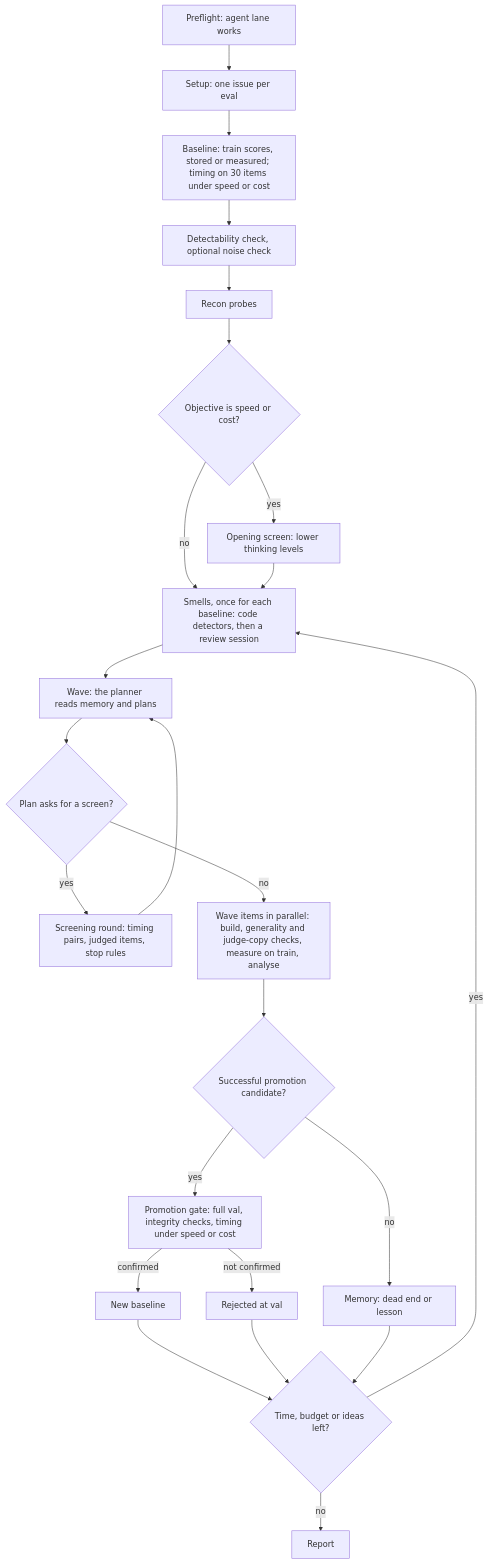
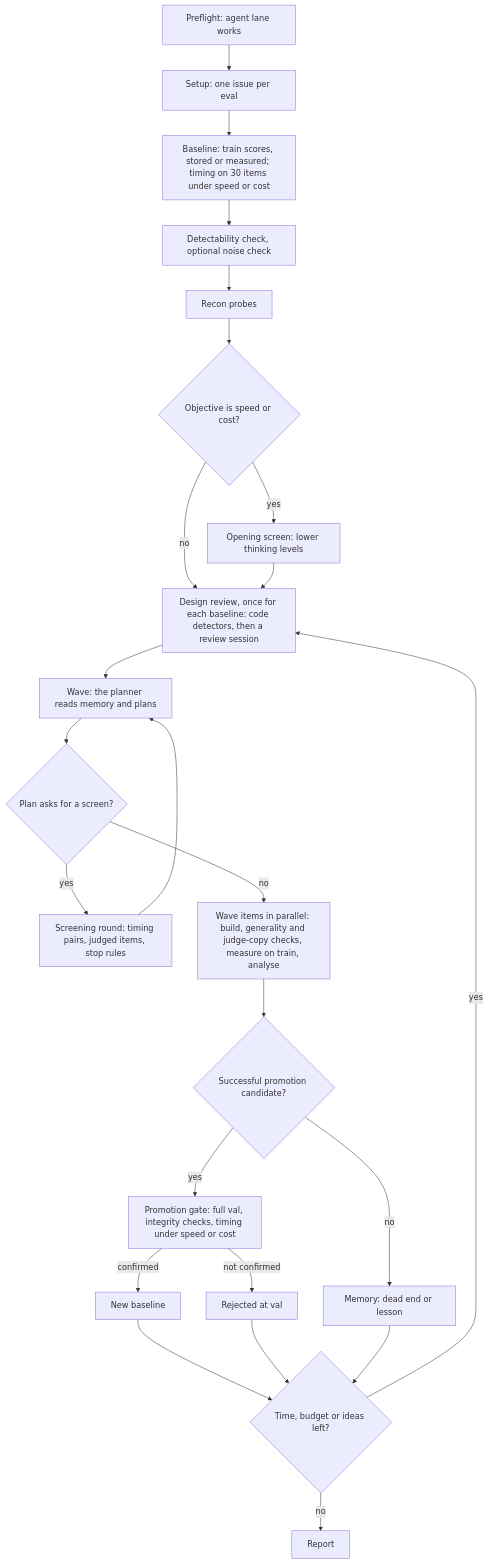
One commit to Kiln-AI/harness-tuner changed the diagram in docs/how-it-works.md. Above: the diagram before and after it, drawn with Mermaid. The commit also changed other lines of this file and 20 other files, not shown here.

````diff
--- a/docs/how-it-works.md
+++ b/docs/how-it-works.md
@@ -72,26 +72,26 @@
 ```mermaid
 flowchart TD
     A[Preflight: agent lane works] --> B[Setup: one issue per eval]
     B --> C[Baseline: train scores, stored or measured; timing on 30 items under speed or cost]
     C --> D[Detectability check, optional noise check]
     D --> E[Recon probes]
     E --> F{"Objective is speed or cost?"}
     F -- yes --> G[Opening screen: lower thinking levels]
     F -- no --> S
-    G --> S["Smells, once for each baseline: code detectors, then a review session"]
+    G --> S["Design review, once for each baseline: code detectors, then a review session"]
     S --> H[Wave: the planner reads memory and plans]
     H --> I{"Plan asks for a screen?"}
     I -- yes --> J["Screening round: timing pairs, judged items, stop rules"]
     J --> H
     I -- no --> K["Wave items in parallel: build, generality and judge-copy checks, measure on train, analyse"]
     K --> L{"Successful promotion candidate?"}
     L -- yes --> M["Promotion gate: full val, integrity checks, timing under speed or cost"]
     M -- confirmed --> N[New baseline]
     M -- not confirmed --> O[Rejected at val]
     L -- no --> P[Memory: dead end or lesson]
     N --> Q{"Time, budget or ideas left?"}
     O --> Q
     P --> Q
     Q -- yes --> S
     Q -- no --> R[Report]
 ```
````
